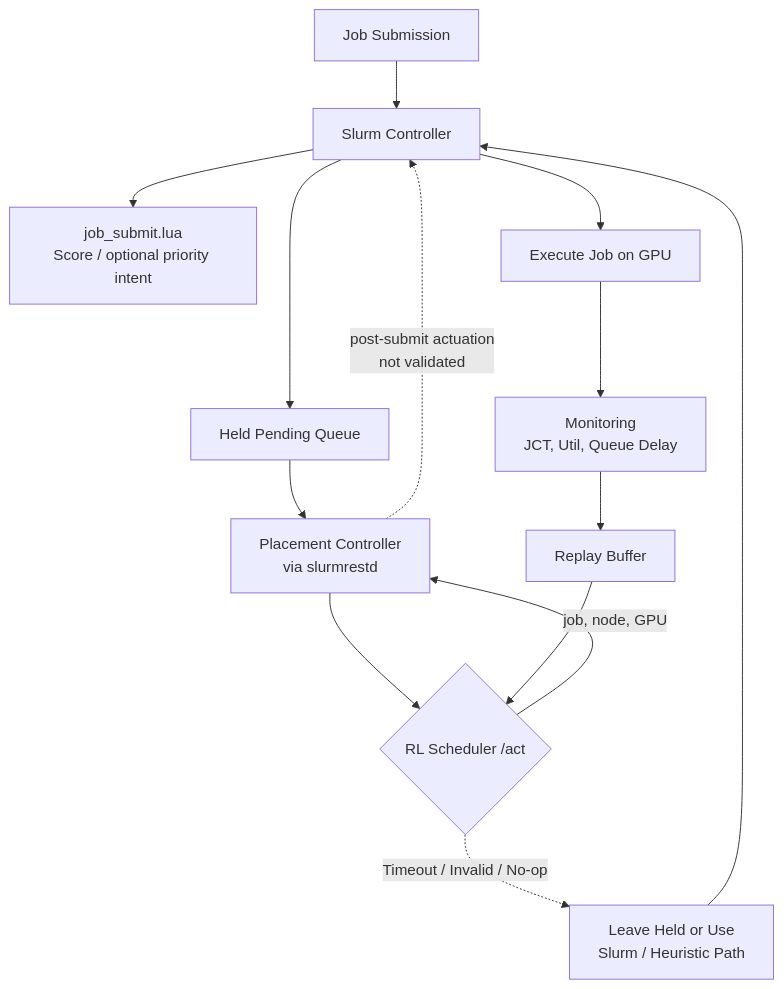
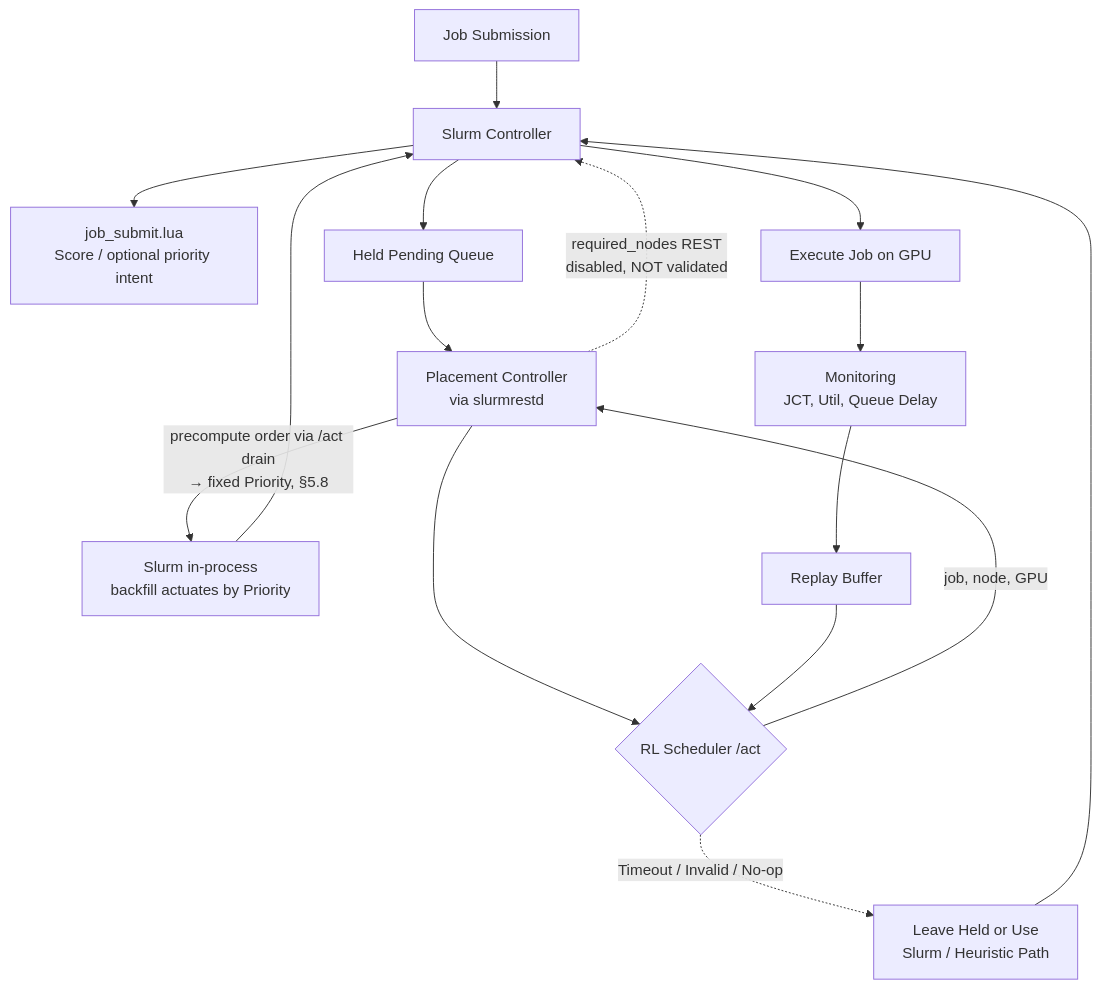
One commit to SoWiEee/Kelpflux changed the diagram in docs/paper.md. Above: the diagram before and after it, drawn with Mermaid. The commit also changed other lines of this file, not shown here.

First line of the commit message:
docs(paper): §5.8 排序致動實機驗證 — RL 掌握 ordering 後重載下顯著勝 Backfill

````diff
--- a/docs/paper.md
+++ b/docs/paper.md
@@ -140,16 +140,18 @@
 ```mermaid
 flowchart TD
     A[Job Submission] --> B[Slurm Controller]
     B --> C[job_submit.lua<br/>Score / optional priority intent]
     B --> D[Held Pending Queue]
     D --> E[Placement Controller<br/>via slurmrestd]
     E --> F{RL Scheduler /act}
     F -->|job, node, GPU| E
-    E -.->|post-submit actuation<br/>not validated| B
+    E -.->|required_nodes REST<br/>disabled, NOT validated| B
+    E -->|precompute order via /act drain<br/>→ fixed Priority, §5.8| K[Slurm in-process<br/>backfill actuates by Priority]
+    K --> B
     B --> G[Execute Job on GPU]
     G --> H[Monitoring<br/>JCT, Util, Queue Delay]
     H --> I[Replay Buffer]
     I --> F
     F -.->|Timeout / Invalid / No-op| J[Leave Held or Use<br/>Slurm / Heuristic Path]
     J --> B
 ```
````
